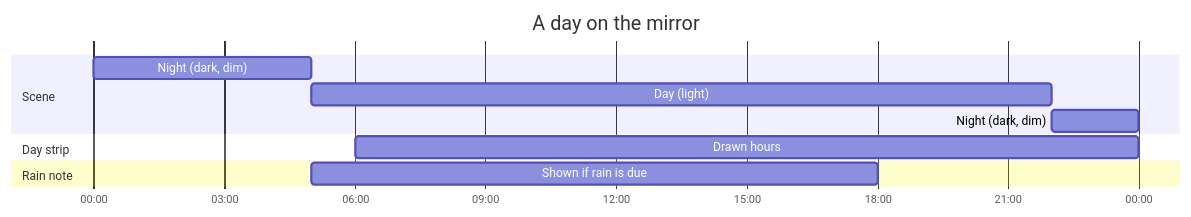
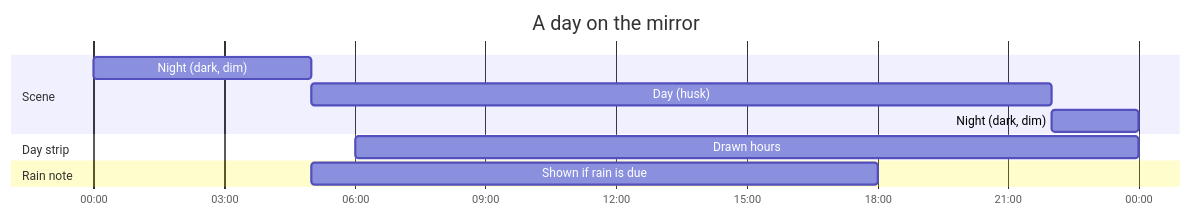
One commit to Haugf/Coconut-Kitchen changed the third of 5 diagrams in README.md. Above: the diagram before and after it, drawn with Mermaid. The commit also changed other lines of this file and 8 other files, not shown here.

First line of the commit message:
Kitchen page in dark husk all day, and no more flash in the morning

````diff
--- a/README.md
+++ b/README.md
@@ -137,14 +137,14 @@
 ```mermaid
 gantt
     title A day on the mirror
     dateFormat HH:mm
     axisFormat %H:%M
     section Scene
     Night (dark, dim)   :00:00, 5h
-    Day (light)         :05:00, 17h
+    Day (husk)          :05:00, 17h
     Night (dark, dim)   :22:00, 2h
     section Day strip
     Drawn hours          :06:00, 18h
     section Rain note
     Shown if rain is due :05:00, 13h
 ```
````
